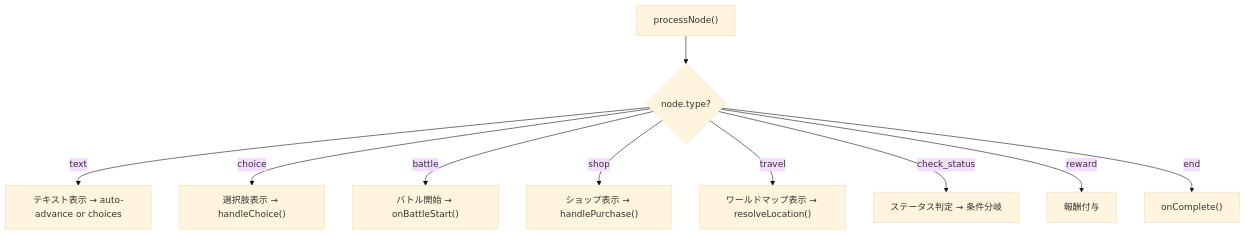
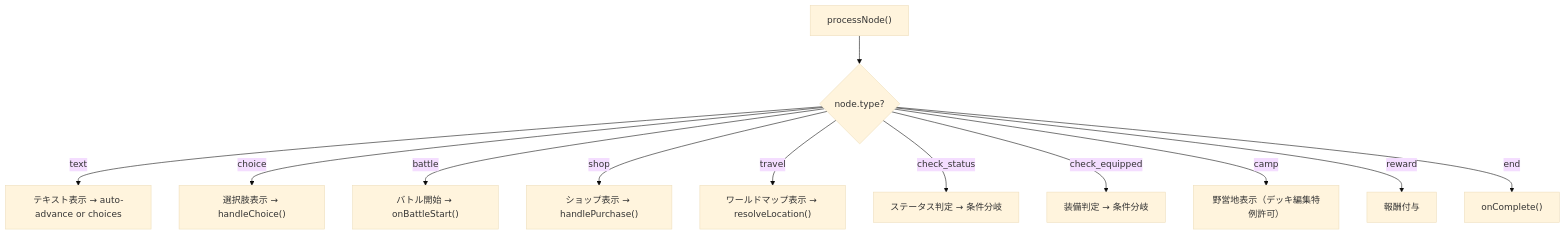
One commit to kiyoshikitamura/code-wirth-dawn changed the diagram in docs/spec_v3.1_quest_structure.md. Above: the diagram before and after it, drawn with Mermaid (base theme). The commit also changed other lines of this file and 35 other files, not shown here.

````diff
--- a/docs/spec_v3.1_quest_structure.md
+++ b/docs/spec_v3.1_quest_structure.md
@@ -135,12 +138,14 @@
 ```mermaid
 flowchart TD
     Start["processNode()"] --> TypeCheck{"node.type?"}
     TypeCheck -->|text| ShowText["テキスト表示 → auto-advance or choices"]
     TypeCheck -->|choice| ShowChoices["選択肢表示 → handleChoice()"]
     TypeCheck -->|battle| StartBattle["バトル開始 → onBattleStart()"]
     TypeCheck -->|shop| ShowShop["ショップ表示 → handlePurchase()"]
     TypeCheck -->|travel| ShowMap["ワールドマップ表示 → resolveLocation()"]
     TypeCheck -->|check_status| CheckStatus["ステータス判定 → 条件分岐"]
+    TypeCheck -->|check_equipped| CheckEquip["装備判定 → 条件分岐"]
+    TypeCheck -->|camp| CampNode["野営地表示（デッキ編集特例許可）"]
     TypeCheck -->|reward| GiveReward["報酬付与"]
     TypeCheck -->|end| Complete["onComplete()"]
 ```
````
